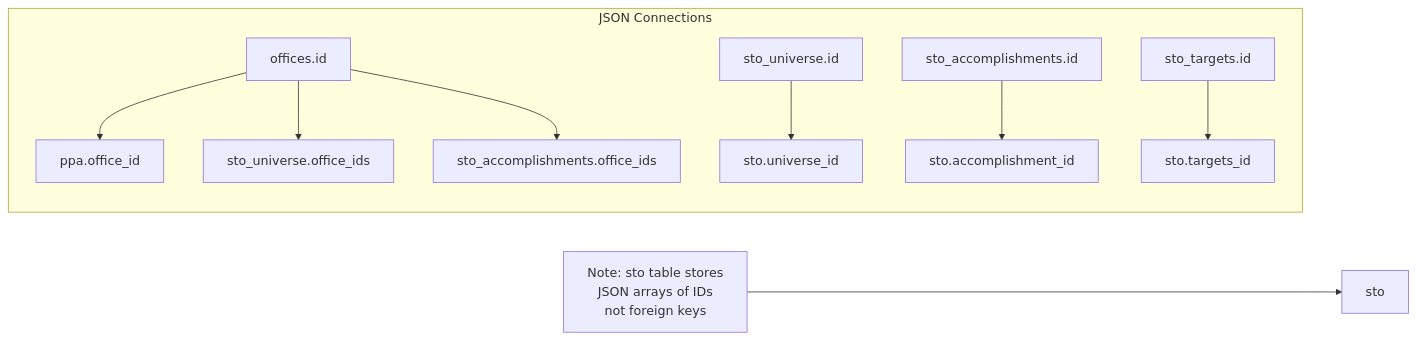
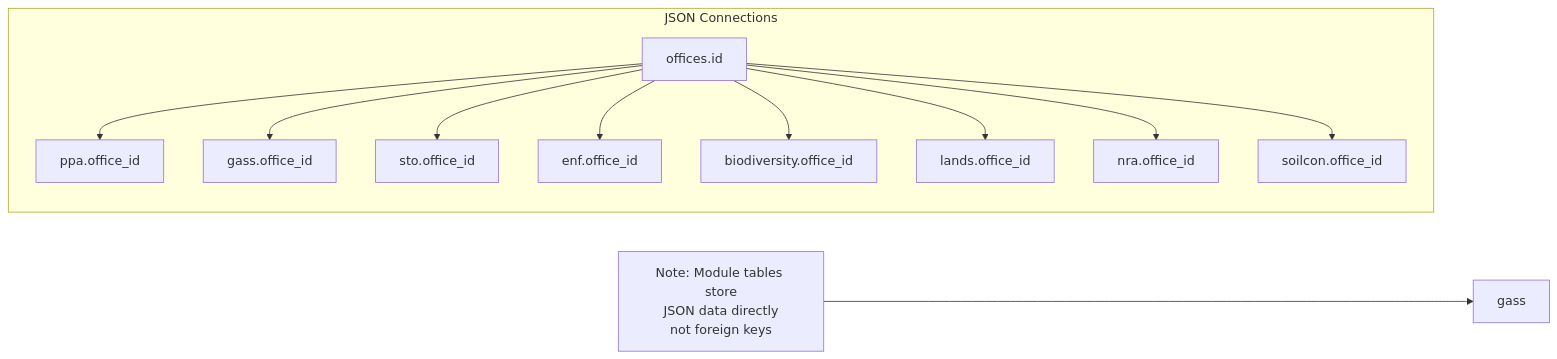
The ninth of 11 diagrams in db-schema-and-diagram.md (brandon3sican/univ_base), drawn with Mermaid before and after one commit. The commit also changed other lines of this file and 53 other files, not shown here.

Commit message:
db schema

````diff
--- a/db-schema-and-diagram.md
+++ b/db-schema-and-diagram.md
@@ -341,17 +474,17 @@
 ```mermaid
 graph LR
     subgraph JSON Connections
         offices.id --> ppa.office_id
-        offices.id --> sto_universe.office_ids
-        offices.id --> sto_accomplishments.office_ids
-        
-        %% STO JSON Relationships (corrected)
-        sto_universe.id --> sto.universe_id
-        sto_accomplishments.id --> sto.accomplishment_id
-        sto_targets.id --> sto.targets_id
+        offices.id --> gass.office_id
+        offices.id --> sto.office_id
+        offices.id --> enf.office_id
+        offices.id --> biodiversity.office_id
+        offices.id --> lands.office_id
+        offices.id --> nra.office_id
+        offices.id --> soilcon.office_id
     end
     
     %% Note about JSON array storage
-    note[Note: sto table stores<br/>JSON arrays of IDs<br/>not foreign keys]
-    note --> sto
+    note[Note: Module tables store<br/>JSON data directly<br/>not foreign keys]
+    note --> gass
 ```
````
